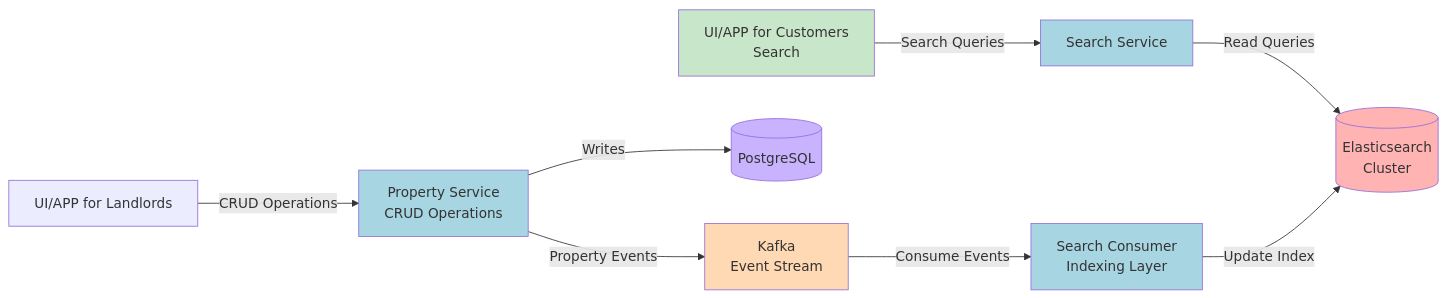
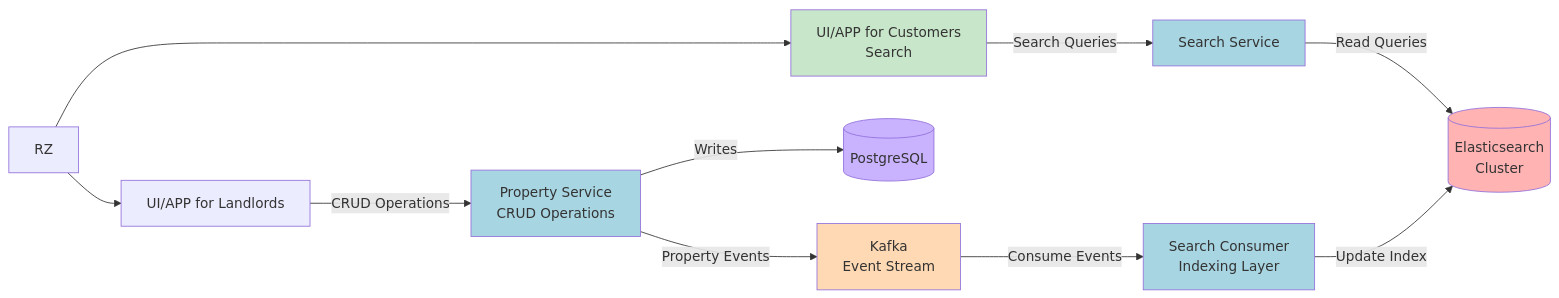
The first of 2 diagrams in README.md (AdilAbubacker/rentezy_frontend), drawn with Mermaid before and after one commit.

````diff
--- a/README.md
+++ b/README.md
@@ -18,26 +18,28 @@
 ```mermaid
 graph LR
-    LUI[UI/APP for Landlords] -->|CRUD Operations| PS[Property Service<br/>CRUD Operations]
-    UI[UI/APP for Customers<br/>Search] -->|Search Queries| SS[Search Service]
+    RZ[RZ] -->LUI[UI/APP for Landlords]
+    RZ --> UI[UI/APP for Customers<br/>Search]
+    LUI -->|CRUD Operations| PS[Property Service<br/>CRUD Operations]
+    UI -->|Search Queries| SS[Search Service]
 
     
     PS -->|Writes| DB[(PostgreSQL)]
     PS -->|Property Events| K[Kafka<br/>Event Stream]
 
     SS -->|Read Queries| ES[(Elasticsearch<br/>Cluster)]
 
     K -->|Consume Events| SC[Search Consumer<br/>Indexing Layer]
     
     SC -->|Update Index| ES
     
     
     
     
     style SS fill:#a8d5e2
     style PS fill:#a8d5e2
     style SC fill:#a8d5e2
     style ES fill:#ffb3b3
     style K fill:#ffd9b3
     style DB fill:#c9b3ff
     style UI fill:#c8e6c9
 ```
````
